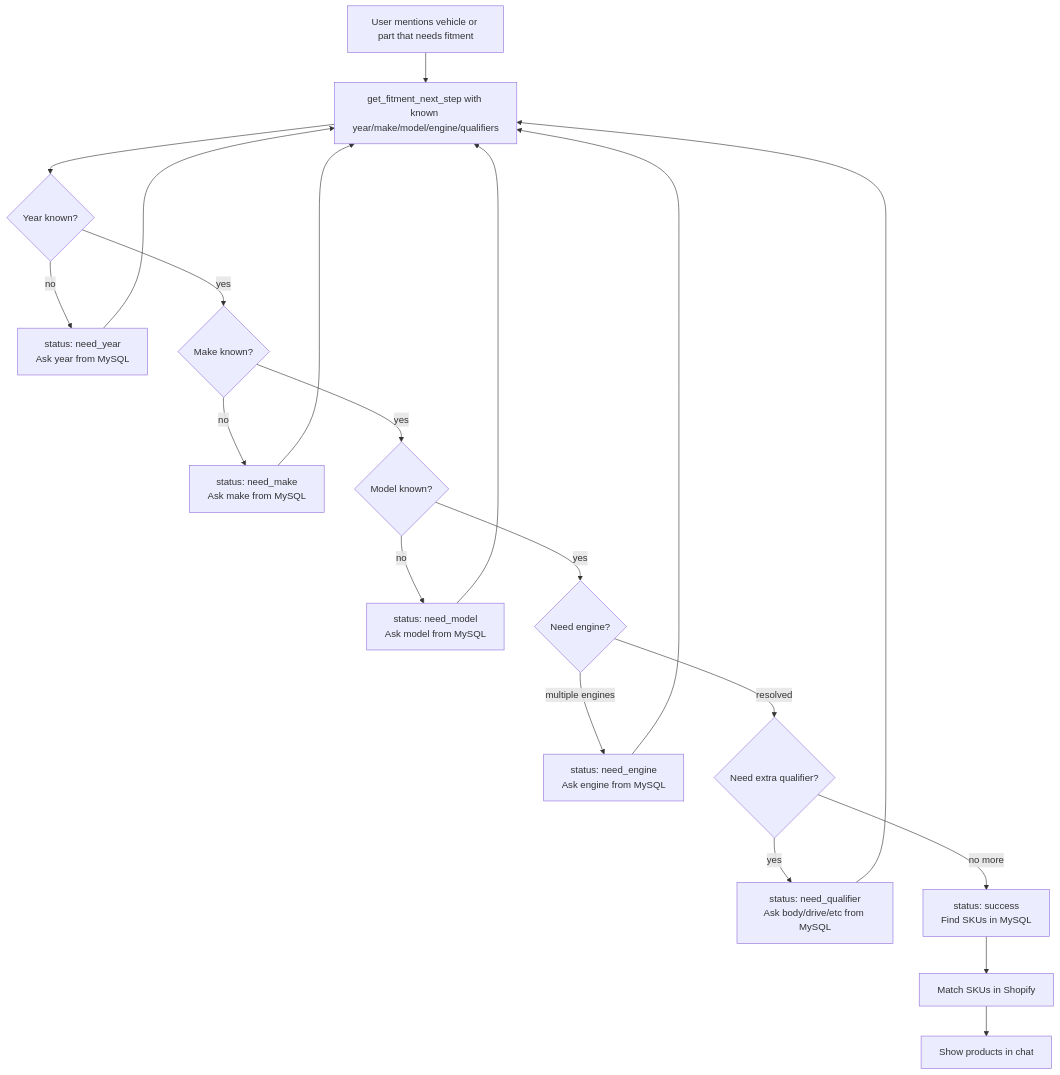
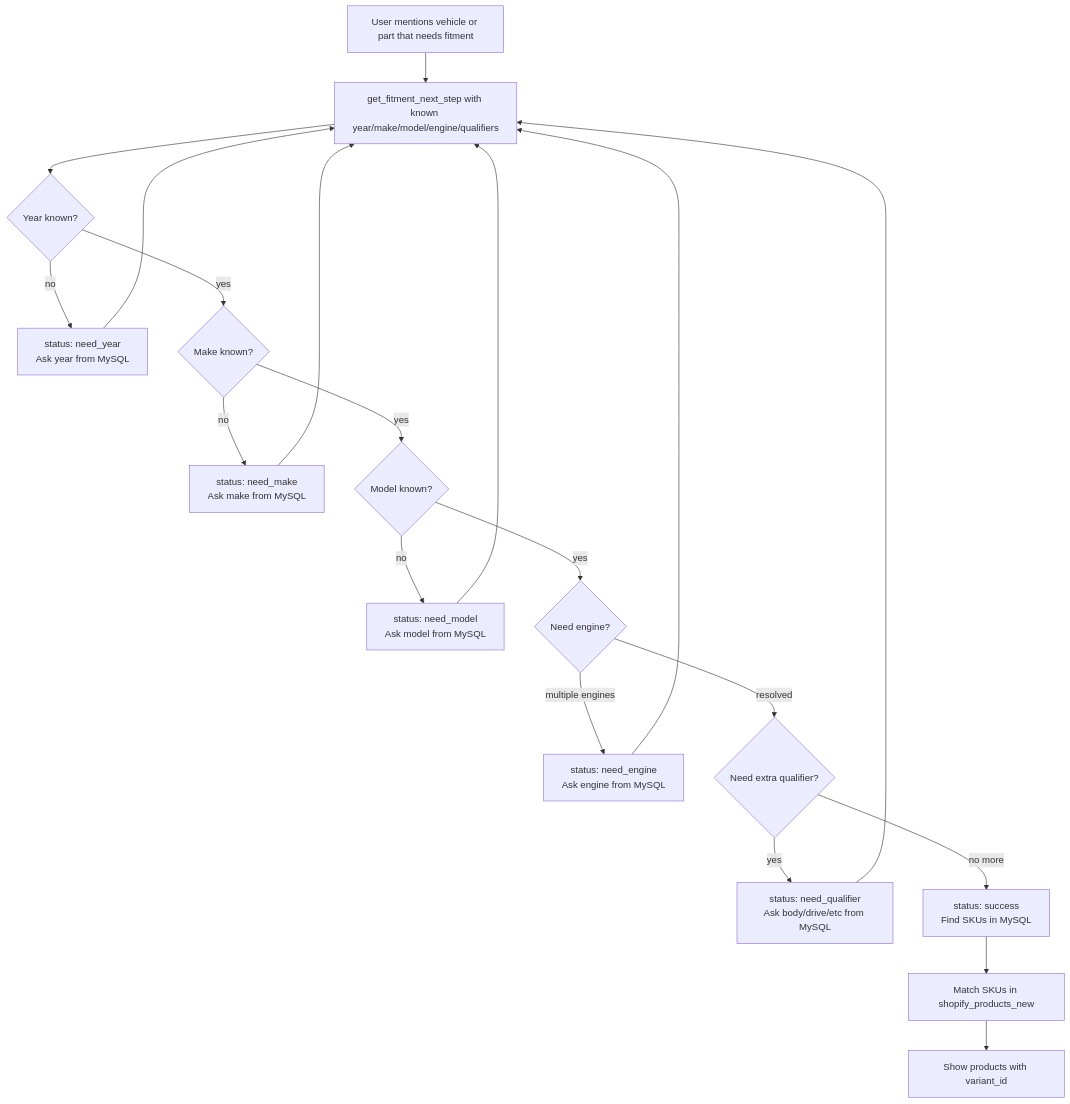
One commit to shivam-mobi/shopify-mcp changed the second of 5 diagrams in docs/fitment-and-catalog-flow.md. Above: the diagram before and after it, drawn with Mermaid. The commit also changed other lines of this file and 4 other files, not shown here.

````diff
--- a/docs/fitment-and-catalog-flow.md
+++ b/docs/fitment-and-catalog-flow.md
@@ -42,29 +42,29 @@
 ```mermaid
 flowchart TD
   start[User mentions vehicle or part that needs fitment]
   start --> step[get_fitment_next_step with known year/make/model/engine/qualifiers]
 
   step --> year{Year known?}
   year -->|no| askYear[status: need_year<br/>Ask year from MySQL]
   askYear --> step
 
   year -->|yes| make{Make known?}
   make -->|no| askMake[status: need_make<br/>Ask make from MySQL]
   askMake --> step
 
   make -->|yes| model{Model known?}
   model -->|no| askModel[status: need_model<br/>Ask model from MySQL]
   askModel --> step
 
   model -->|yes| engine{Need engine?}
   engine -->|multiple engines| askEngine[status: need_engine<br/>Ask engine from MySQL]
   askEngine --> step
 
   engine -->|resolved| qualifier{Need extra qualifier?}
   qualifier -->|yes| askQ[status: need_qualifier<br/>Ask body/drive/etc from MySQL]
   askQ --> step
 
   qualifier -->|no more| products[status: success<br/>Find SKUs in MySQL]
-  products --> shopify[Match SKUs in Shopify]
-  shopify --> show[Show products in chat]
+  products --> shopifyDb[Match SKUs in shopify_products_new]
+  shopifyDb --> show[Show products with variant_id]
 ```
````
